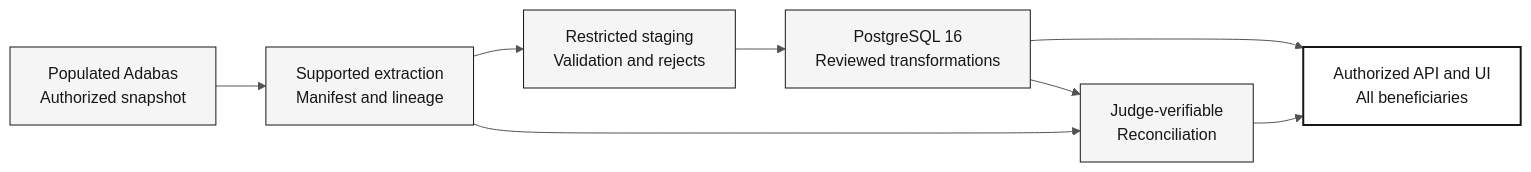
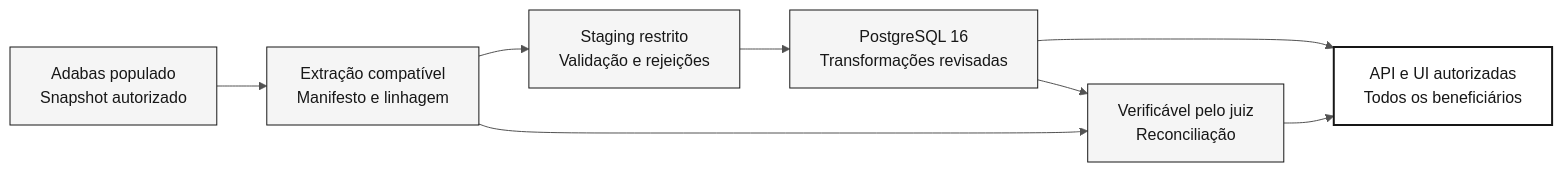
The diagram in docs/DATA-MIGRATION.md (serpro-workshop-floripa/sifap-workshop-paula-00), drawn with Mermaid before and after one commit. The commit also changed other lines of this file and 93 other files, not shown here.

````diff
--- a/docs/DATA-MIGRATION.md
+++ b/docs/DATA-MIGRATION.md
@@ -71,13 +79,13 @@
 ```mermaid
 %%{init: {'theme':'neutral','themeVariables':{'fontFamily':'ui-sans-serif, system-ui, sans-serif','primaryColor':'#F5F5F5','primaryTextColor':'#171717','primaryBorderColor':'#171717','lineColor':'#525252','secondaryColor':'#FFFFFF','tertiaryColor':'#FAFAFA','background':'#FFFFFF'}}}%%
 flowchart LR
     classDef step fill:#F5F5F5,stroke:#171717,color:#171717
     classDef result fill:#FFFFFF,stroke:#171717,color:#171717,stroke-width:2px
-    A["Populated Adabas<br/>Authorized snapshot"]:::step --> E["Supported extraction<br/>Manifest and lineage"]:::step
-    E --> S["Restricted staging<br/>Validation and rejects"]:::step
-    S --> P["PostgreSQL 16<br/>Reviewed transformations"]:::step
-    P --> Q["Authorized API and UI<br/>All beneficiaries"]:::result
-    E --> R["Judge-verifiable<br/>Reconciliation"]:::step
+    A["Adabas populado<br/>Snapshot autorizado"]:::step --> E["Extração compatível<br/>Manifesto e linhagem"]:::step
+    E --> S["Staging restrito<br/>Validação e rejeições"]:::step
+    S --> P["PostgreSQL 16<br/>Transformações revisadas"]:::step
+    P --> Q["API e UI autorizadas<br/>Todos os beneficiários"]:::result
+    E --> R["Verificável pelo juiz<br/>Reconciliação"]:::step
     P --> R
     R --> Q
 ```
````
